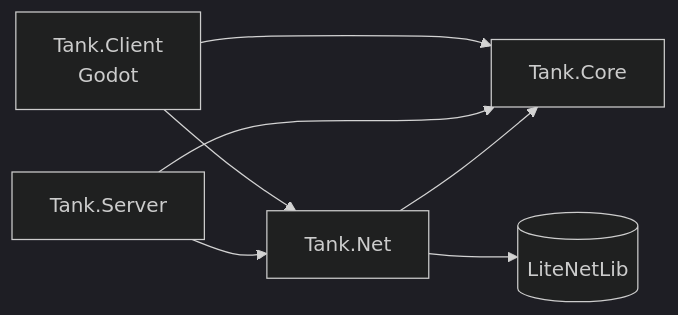
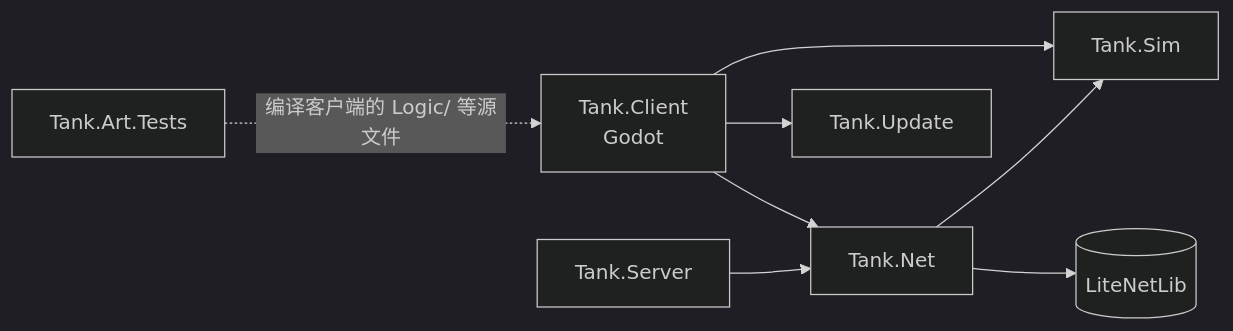
One commit to Murphycx94/BattleCity changed the diagram in docs/04-architecture-and-plan.md. Above: the diagram before and after it, drawn with Mermaid (dark theme). The commit also changed other lines of this file and 152 other files, not shown here.

First line of the commit message:
refactor: stage 4C cleanup — delete the old grid game, tidy Tank.Net, CI and docs for the new game

````diff
--- a/docs/04-architecture-and-plan.md
+++ b/docs/04-architecture-and-plan.md
@@ -43,9 +50,10 @@
 ```mermaid
 flowchart LR
   Client[Tank.Client<br/>Godot] --> Net[Tank.Net]
-  Client --> Core[Tank.Core]
+  Client --> Sim[Tank.Sim]
+  Client --> Update[Tank.Update]
   Server[Tank.Server] --> Net
-  Server --> Core
-  Net --> Core
+  Net --> Sim
   Net --> LNL[(LiteNetLib)]
+  ArtTests[Tank.Art.Tests] -. 编译客户端的 Logic/ 等源文件 .-> Client
 ```
````
